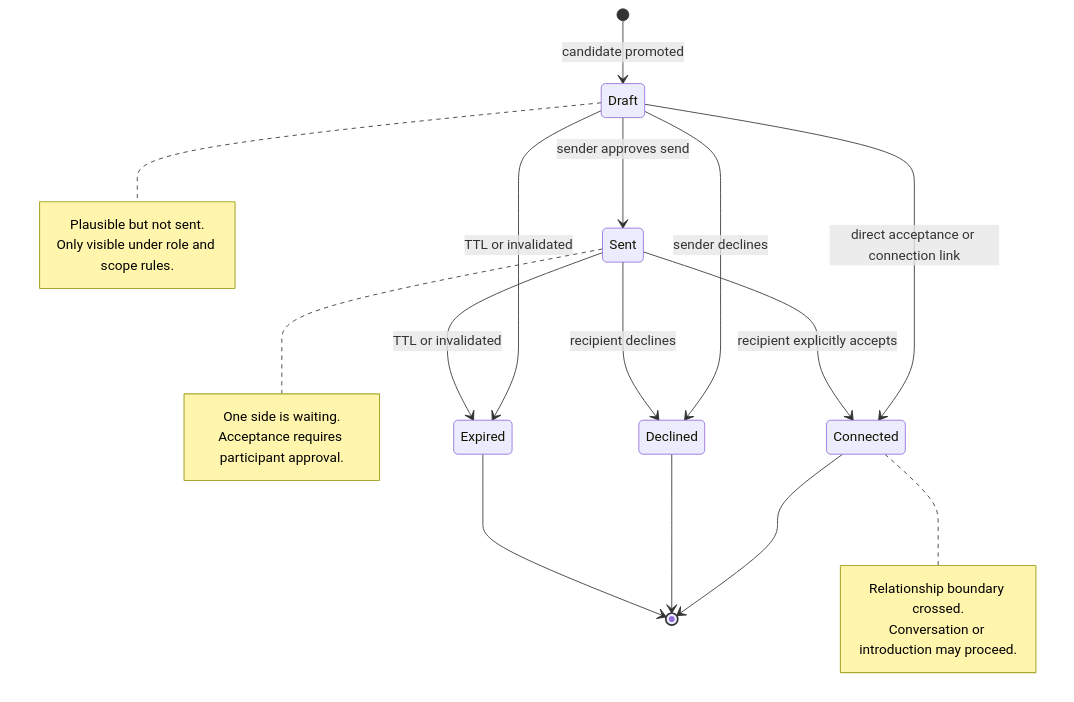
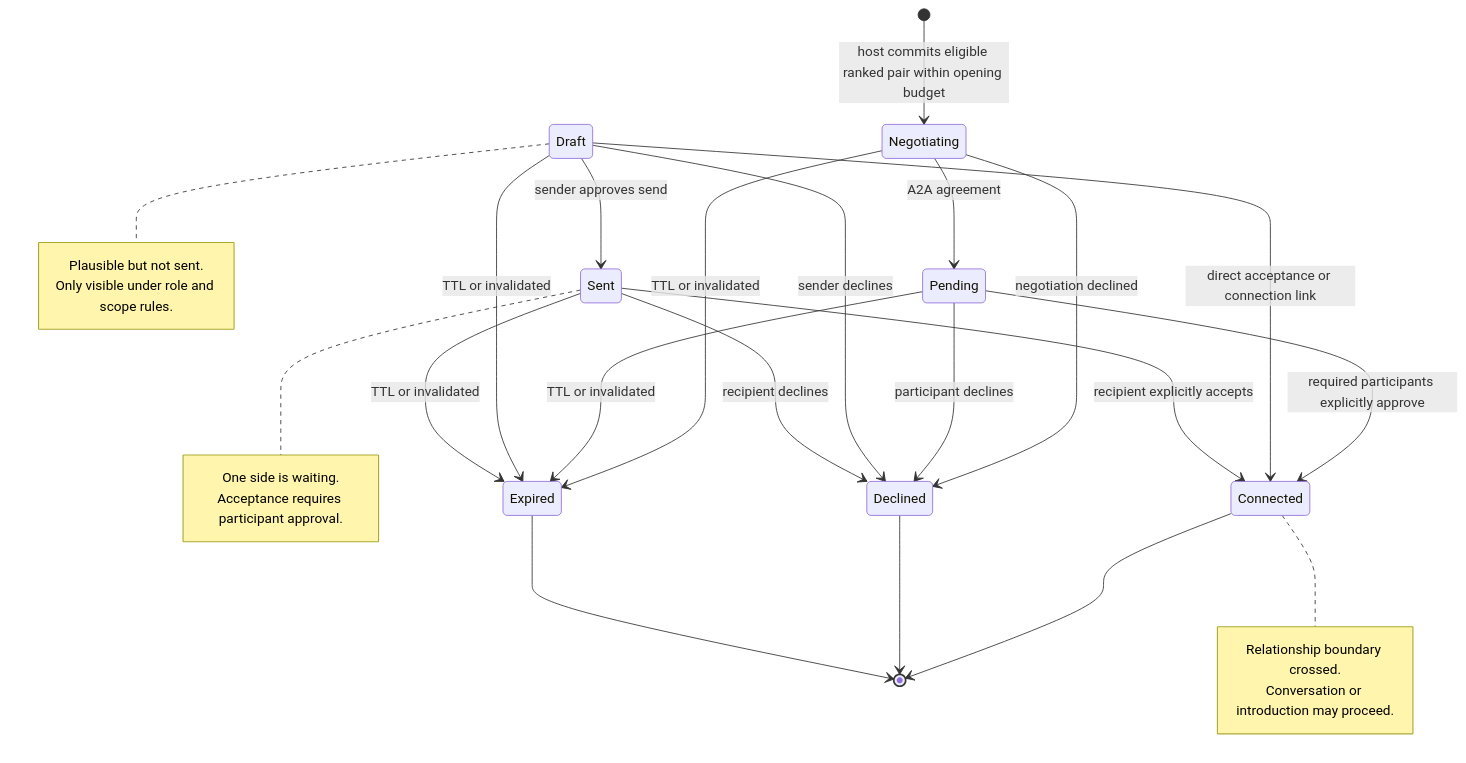
One commit to indexnetwork/index changed the fourth of 6 diagrams in packages/protocol/README.md. Above: the diagram before and after it, drawn with Mermaid. The commit also changed other lines of this file and 59 other files, not shown here.

````diff
--- a/packages/protocol/README.md
+++ b/packages/protocol/README.md
@@ -251,31 +254,37 @@
 ```mermaid
 stateDiagram-v2
-    [*] --> Draft: candidate promoted
+    [*] --> Negotiating: host commits eligible ranked pair within opening budget
+    Negotiating --> Pending: A2A agreement
+    Negotiating --> Declined: negotiation declined
+    Negotiating --> Expired: TTL or invalidated
+    Pending --> Connected: required participants explicitly approve
+    Pending --> Declined: participant declines
+    Pending --> Expired: TTL or invalidated
     Draft --> Sent: sender approves send
     Draft --> Connected: direct acceptance or connection link
     Draft --> Declined: sender declines
     Draft --> Expired: TTL or invalidated
 
     Sent --> Connected: recipient explicitly accepts
     Sent --> Declined: recipient declines
     Sent --> Expired: TTL or invalidated
 
     Connected --> [*]
     Declined --> [*]
     Expired --> [*]
 
     note right of Draft
       Plausible but not sent.
       Only visible under role and scope rules.
     end note
 
     note right of Sent
       One side is waiting.
       Acceptance requires participant approval.
     end note
 
     note right of Connected
       Relationship boundary crossed.
       Conversation or introduction may proceed.
     end note
 ```
````
